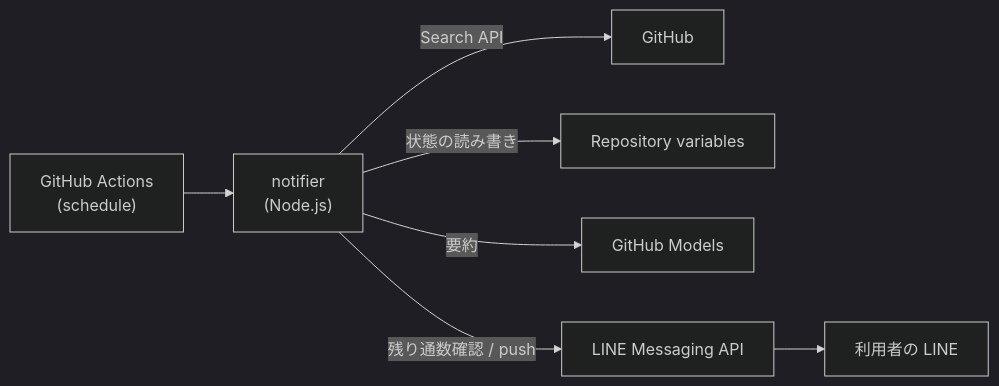
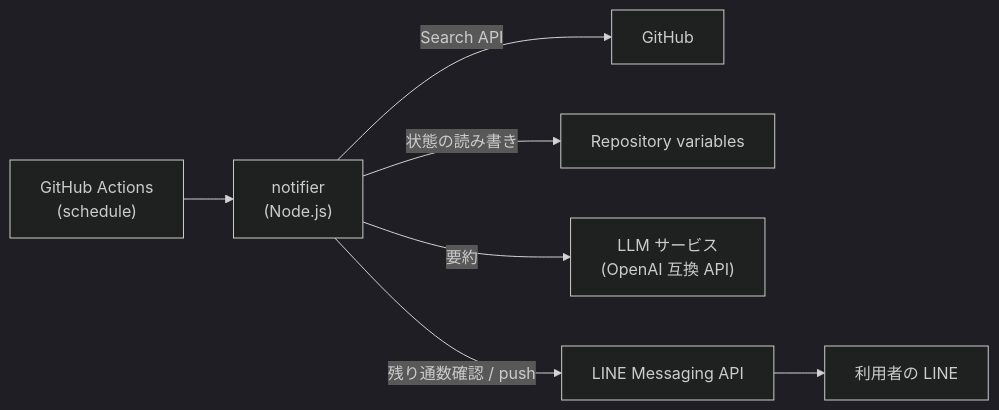
One commit to yuki-nakano-520/github-issue-line-notifier changed the diagram in docs/design.md. Above: the diagram before and after it, drawn with Mermaid (dark theme). The commit also changed other lines of this file, not shown here.

Commit message:
docs: 要約の設計を OpenAI 互換 API 向けに変更

````diff
--- a/docs/design.md
+++ b/docs/design.md
@@ -7,9 +7,9 @@
 ```mermaid
 flowchart LR
   cron["GitHub Actions<br>(schedule)"] --> app["notifier<br>(Node.js)"]
   app -- Search API --> gh["GitHub"]
   app -- 状態の読み書き --> vars["Repository variables"]
-  app -- 要約 --> models["GitHub Models"]
+  app -- 要約 --> llm["LLM サービス<br>(OpenAI 互換 API)"]
   app -- 残り通数確認 / push --> line["LINE Messaging API"]
   line --> user["利用者の LINE"]
 ```
````
